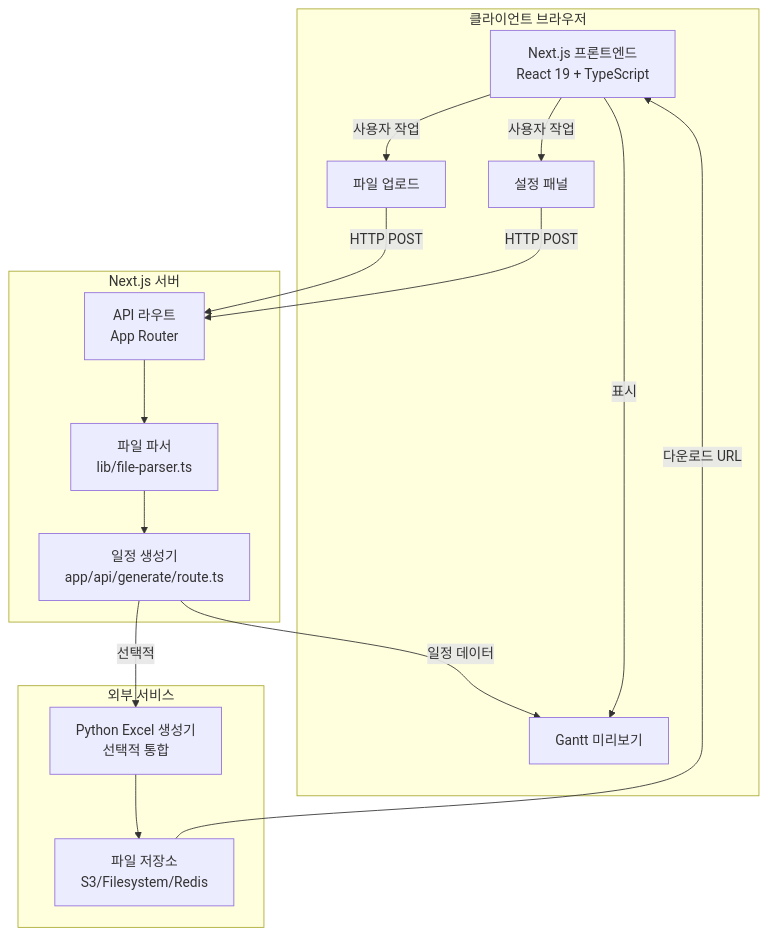
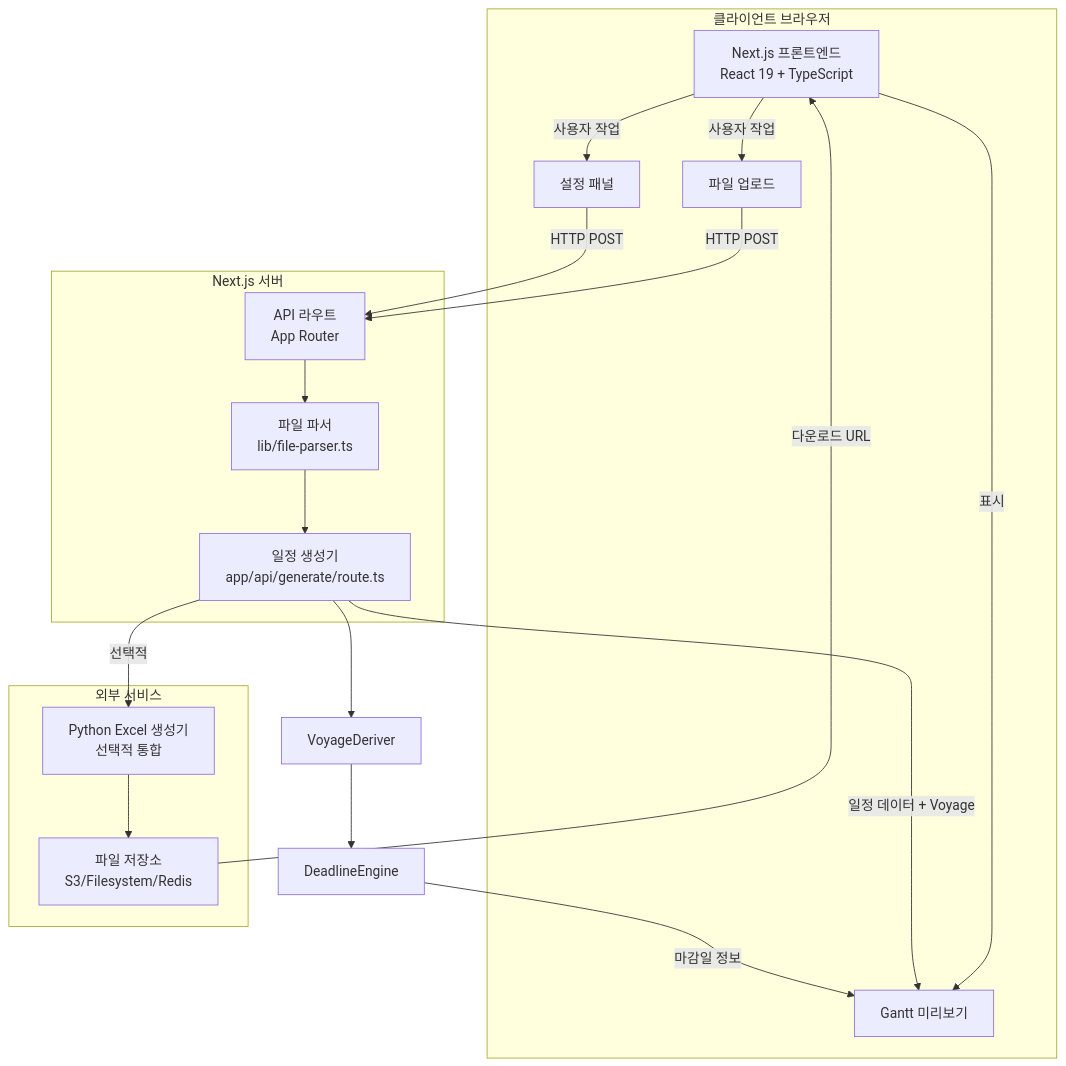
The first of 16 diagrams in SYSTEM_ARCHITECTURE_KO.md (macho715/agi-tr-gantt), drawn with Mermaid before and after one commit. The commit also changed other lines of this file and 59 other files, not shown here.

````diff
--- a/SYSTEM_ARCHITECTURE_KO.md
+++ b/SYSTEM_ARCHITECTURE_KO.md
@@ -43,29 +43,32 @@
 ```mermaid
 graph TB
     subgraph "클라이언트 브라우저"
         UI[Next.js 프론트엔드<br/>React 19 + TypeScript]
         UI --> |사용자 작업| Upload[파일 업로드]
         UI --> |사용자 작업| Config[설정 패널]
         UI --> |표시| Preview[Gantt 미리보기]
     end
 
     subgraph "Next.js 서버"
         API[API 라우트<br/>App Router]
         Parser[파일 파서<br/>lib/file-parser.ts]
         Scheduler[일정 생성기<br/>app/api/generate/route.ts]
     end
 
     subgraph "외부 서비스"
         Python[Python Excel 생성기<br/>선택적 통합]
         Storage[파일 저장소<br/>S3/Filesystem/Redis]
     end
 
     Upload --> |HTTP POST| API
     Config --> |HTTP POST| API
     API --> Parser
     Parser --> Scheduler
+    Scheduler --> VoyageDeriver
+    VoyageDeriver --> DeadlineEngine
+    Scheduler --> |일정 데이터 + Voyage| Preview
+    DeadlineEngine --> |마감일 정보| Preview
     Scheduler --> |선택적| Python
     Python --> Storage
     Storage --> |다운로드 URL| UI
-    Scheduler --> |일정 데이터| Preview
 ```
````
